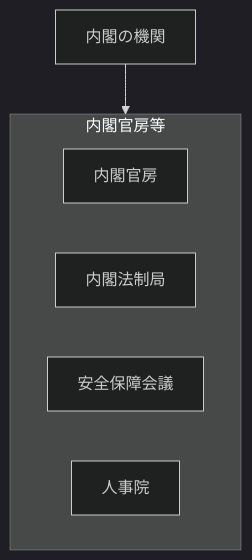
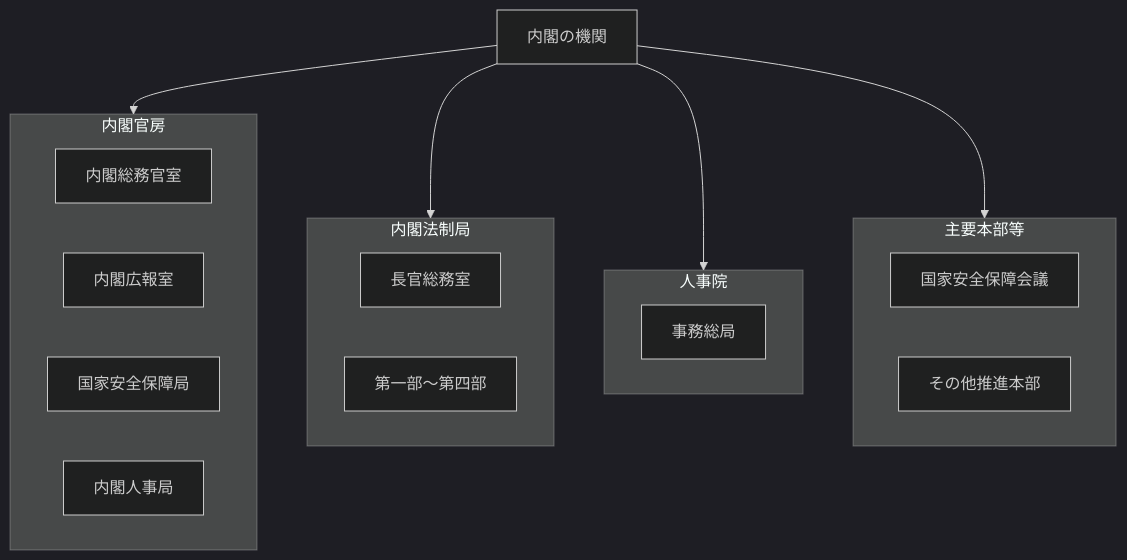
Before and after one commit to tatemaru/jp-admin-org-chart: the diagram in 行政機構/内閣の機関/README.md, drawn with Mermaid (dark theme). The commit also changed other lines of this file and 18 other files, not shown here.

````diff
--- a/行政機構/内閣の機関/README.md
+++ b/行政機構/内閣の機関/README.md
@@ -5,11 +5,25 @@
 ```mermaid
 flowchart TB
   root["内閣の機関"]
-  subgraph g0["内閣官房等"]
-    n0_0["内閣官房"]
-    n0_1["内閣法制局"]
-    n0_2["安全保障会議"]
-    n0_3["人事院"]
+  subgraph g0["内閣官房"]
+    n0_0["内閣総務官室"]
+    n0_1["内閣広報室"]
+    n0_2["国家安全保障局"]
+    n0_3["内閣人事局"]
   end
   root --> g0
+  subgraph g1["内閣法制局"]
+    n1_0["長官総務室"]
+    n1_1["第一部〜第四部"]
+  end
+  root --> g1
+  subgraph g2["人事院"]
+    n2_0["事務総局"]
+  end
+  root --> g2
+  subgraph g3["主要本部等"]
+    n3_0["国家安全保障会議"]
+    n3_1["その他推進本部"]
+  end
+  root --> g3
 ```
````
